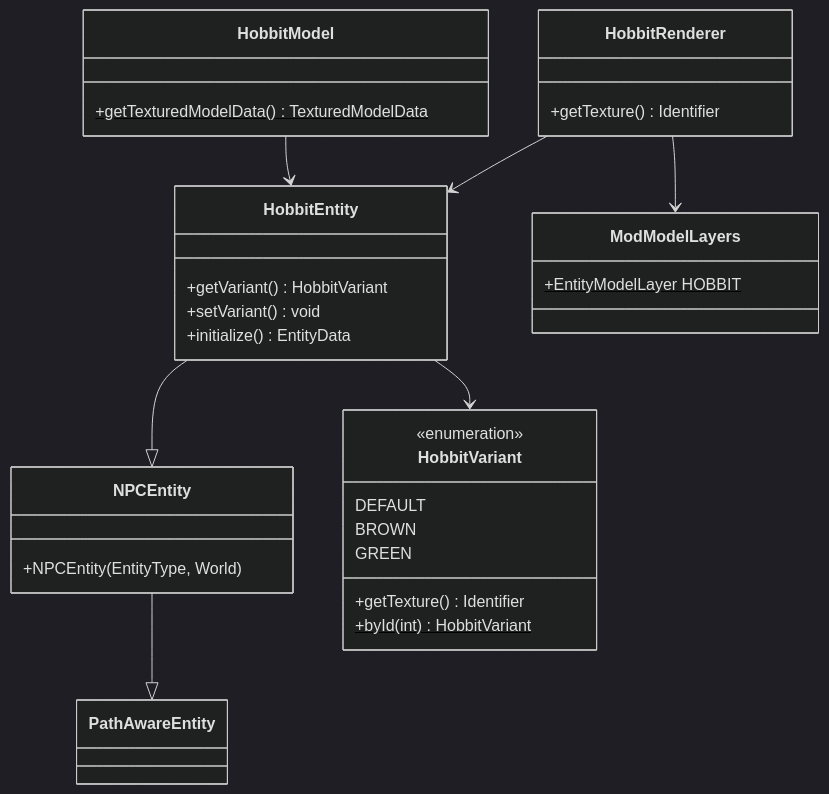
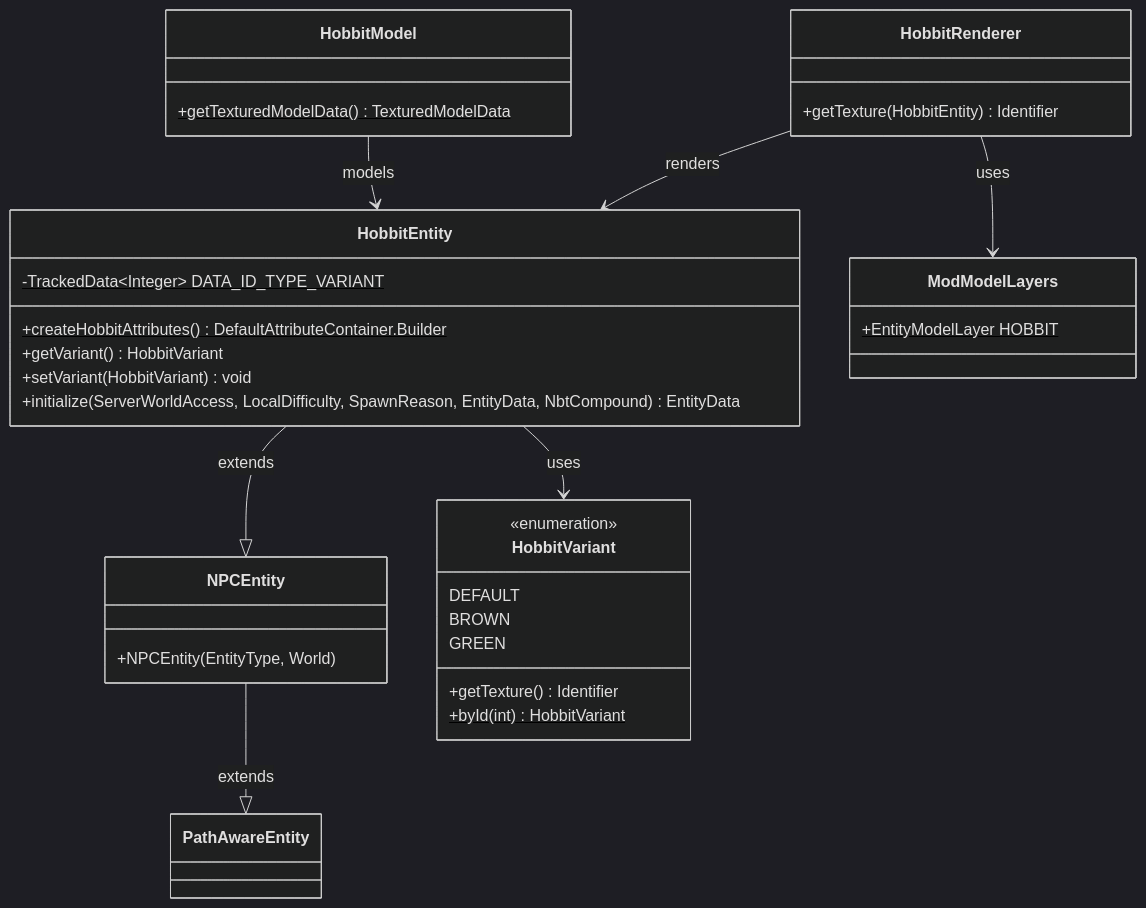
The second of 6 diagrams in classdiagram.md (Lord-of-the-Rings-Middle-Earth-Mod/Lord-of-the-Rings-Middle-Earth-Mod), drawn with Mermaid (dark theme) before and after one commit. The commit also changed other lines of this file, not shown here.

Commit message:
Add back detailed method signatures to all class diagrams while preserving sectioned layout

````diff
--- a/classdiagram.md
+++ b/classdiagram.md
@@ -56,45 +89,47 @@
 ```mermaid
 classDiagram
     direction TB
     
     class NPCEntity {
         +NPCEntity(EntityType, World)
     }
 
     class HobbitEntity {
+        -TrackedData~Integer~ DATA_ID_TYPE_VARIANT$
+        +createHobbitAttributes() DefaultAttributeContainer.Builder$
         +getVariant() HobbitVariant
-        +setVariant() void
-        +initialize() EntityData
+        +setVariant(HobbitVariant) void
+        +initialize(ServerWorldAccess, LocalDifficulty, SpawnReason, EntityData, NbtCompound) EntityData
     }
 
     class HobbitVariant {
         <<enumeration>>
         DEFAULT
         BROWN
         GREEN
         +getTexture() Identifier
         +byId(int) HobbitVariant$
     }
 
     class HobbitModel {
         +getTexturedModelData() TexturedModelData$
     }
 
     class HobbitRenderer {
-        +getTexture() Identifier
+        +getTexture(HobbitEntity) Identifier
     }
 
     class ModModelLayers {
         +EntityModelLayer HOBBIT$
     }
 
     %% Inheritance
-    NPCEntity --|> PathAwareEntity
-    HobbitEntity --|> NPCEntity
+    NPCEntity --|> PathAwareEntity : extends
+    HobbitEntity --|> NPCEntity : extends
 
     %% Usage relationships
-    HobbitEntity --> HobbitVariant
-    HobbitRenderer --> HobbitEntity
-    HobbitModel --> HobbitEntity
-    HobbitRenderer --> ModModelLayers
+    HobbitEntity --> HobbitVariant : uses
+    HobbitRenderer --> HobbitEntity : renders
+    HobbitModel --> HobbitEntity : models
+    HobbitRenderer --> ModModelLayers : uses
 ```
````
